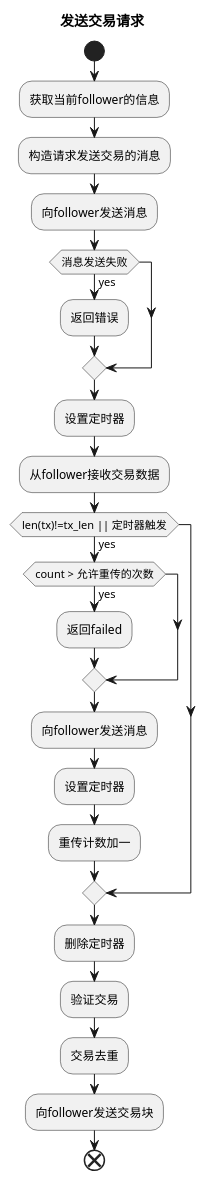
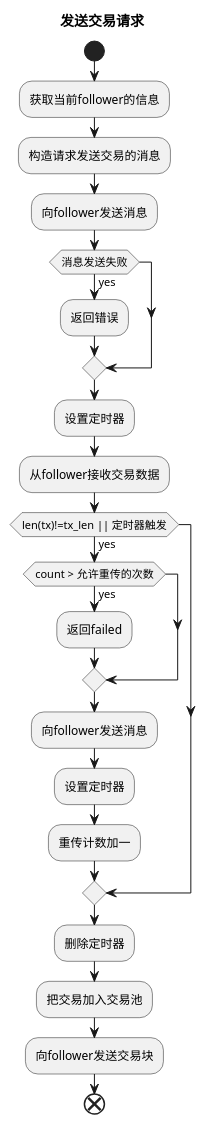
The diagram in doc/tx_request.wsd (alvinleee/matrix-work), drawn with PlantUML before and after one commit.

Commit message:
更新发送交易请求的流程图

```diff
--- a/doc/tx_request.wsd
+++ b/doc/tx_request.wsd
@@ -1,25 +1,24 @@
 @startuml
 title 发送交易请求
 start
 :获取当前follower的信息;
 :构造请求发送交易的消息;
 :向follower发送消息;
 if (消息发送失败) then (yes)
     :返回错误;
 endif
 :设置定时器;
 :从follower接收交易数据;
 if (len(tx)!=tx_len || 定时器触发) then (yes)
     if (count > 允许重传的次数) then (yes)
         :返回failed;
     endif
     :向follower发送消息;
     :设置定时器;
     :重传计数加一;
 endif
 :删除定时器;
-:验证交易;
-:交易去重;
+:把交易加入交易池;
 :向follower发送交易块;
 end
 @enduml
```
